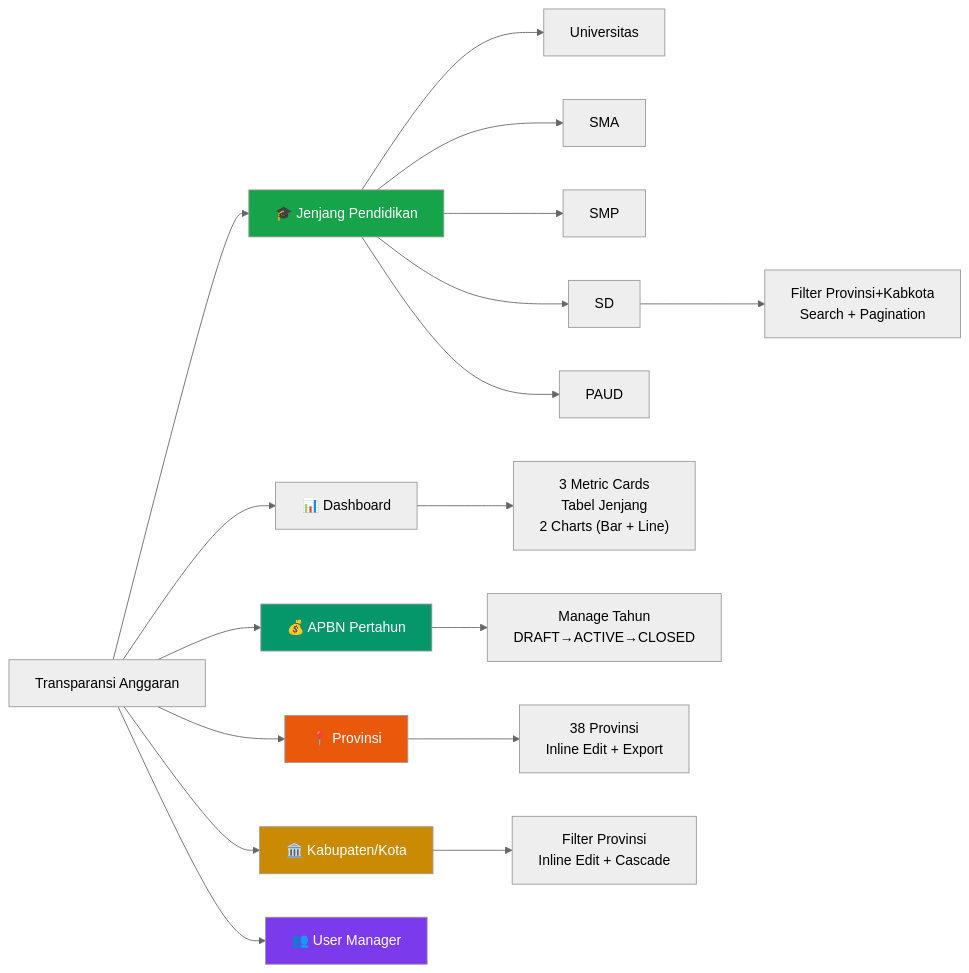
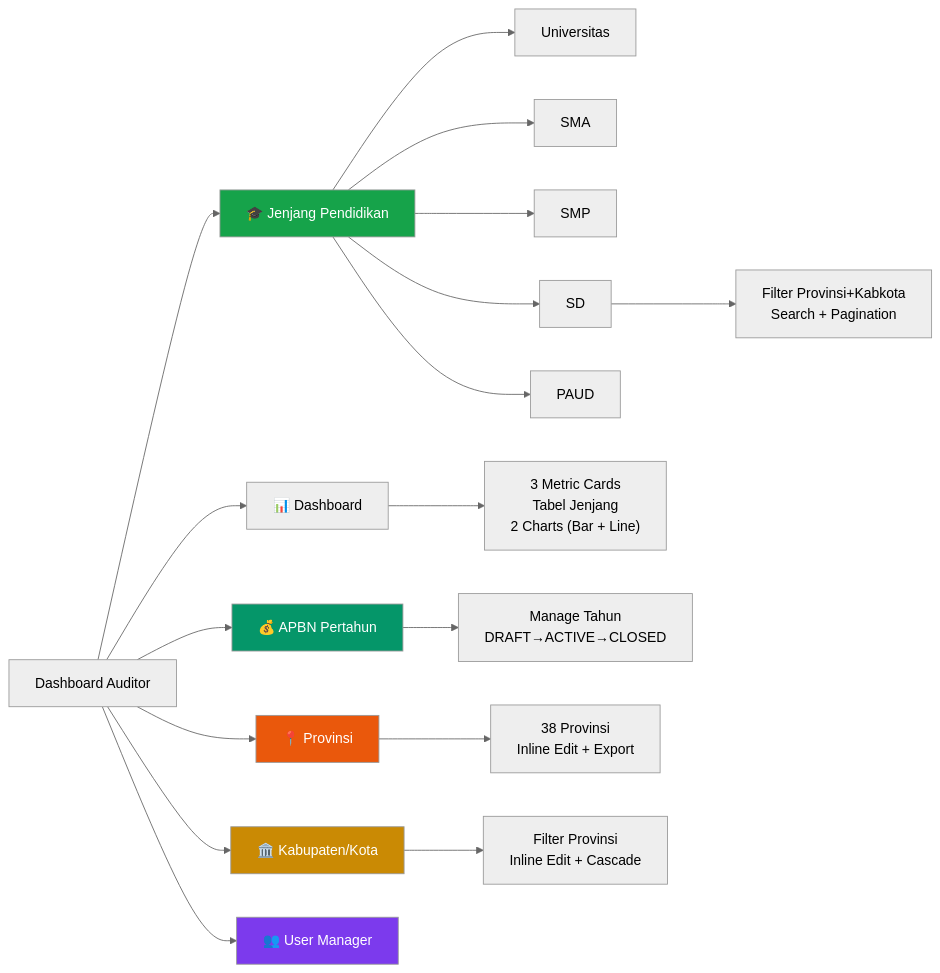
Before and after one commit to adimaryanto-stack/Dashboard-Auditor: the third of 6 diagrams in PRD/MASTER_PRD.md, drawn with Mermaid (neutral theme). The commit also changed other lines of this file and 7 other files, not shown here.

Commit message:
refactor: rename project to Dashboard Auditor across all files (README, PRD, MVP, types, CSS, SQL, Header)

````diff
--- a/PRD/MASTER_PRD.md
+++ b/PRD/MASTER_PRD.md
@@ -700,27 +700,27 @@
 ```mermaid
 graph LR
-    Root[Transparansi Anggaran] --> Dash[📊 Dashboard]
+    Root[Dashboard Auditor] --> Dash[📊 Dashboard]
     Root --> APBN[💰 APBN Pertahun]
     Root --> Prov[📍 Provinsi]
     Root --> Kab[🏛️ Kabupaten/Kota]
     Root --> Jenj[🎓 Jenjang Pendidikan]
     Root --> Users[👥 User Manager]
 
     Jenj --> Univ[Universitas]
     Jenj --> SMA[SMA]
     Jenj --> SMP[SMP]
     Jenj --> SD[SD]
     Jenj --> PAUD[PAUD]
 
     Dash --> DashF["3 Metric Cards<br/>Tabel Jenjang<br/>2 Charts (Bar + Line)"]
     APBN --> APBNF["Manage Tahun<br/>DRAFT→ACTIVE→CLOSED"]
     Prov --> ProvF["38 Provinsi<br/>Inline Edit + Export"]
     Kab --> KabF["Filter Provinsi<br/>Inline Edit + Cascade"]
     SD --> SDF["Filter Provinsi+Kabkota<br/>Search + Pagination"]
 
     style APBN fill:#059669,color:#fff
     style Prov fill:#ea580c,color:#fff
     style Kab fill:#ca8a04,color:#fff
     style Jenj fill:#16a34a,color:#fff
     style Users fill:#7c3aed,color:#fff
 ```
````
